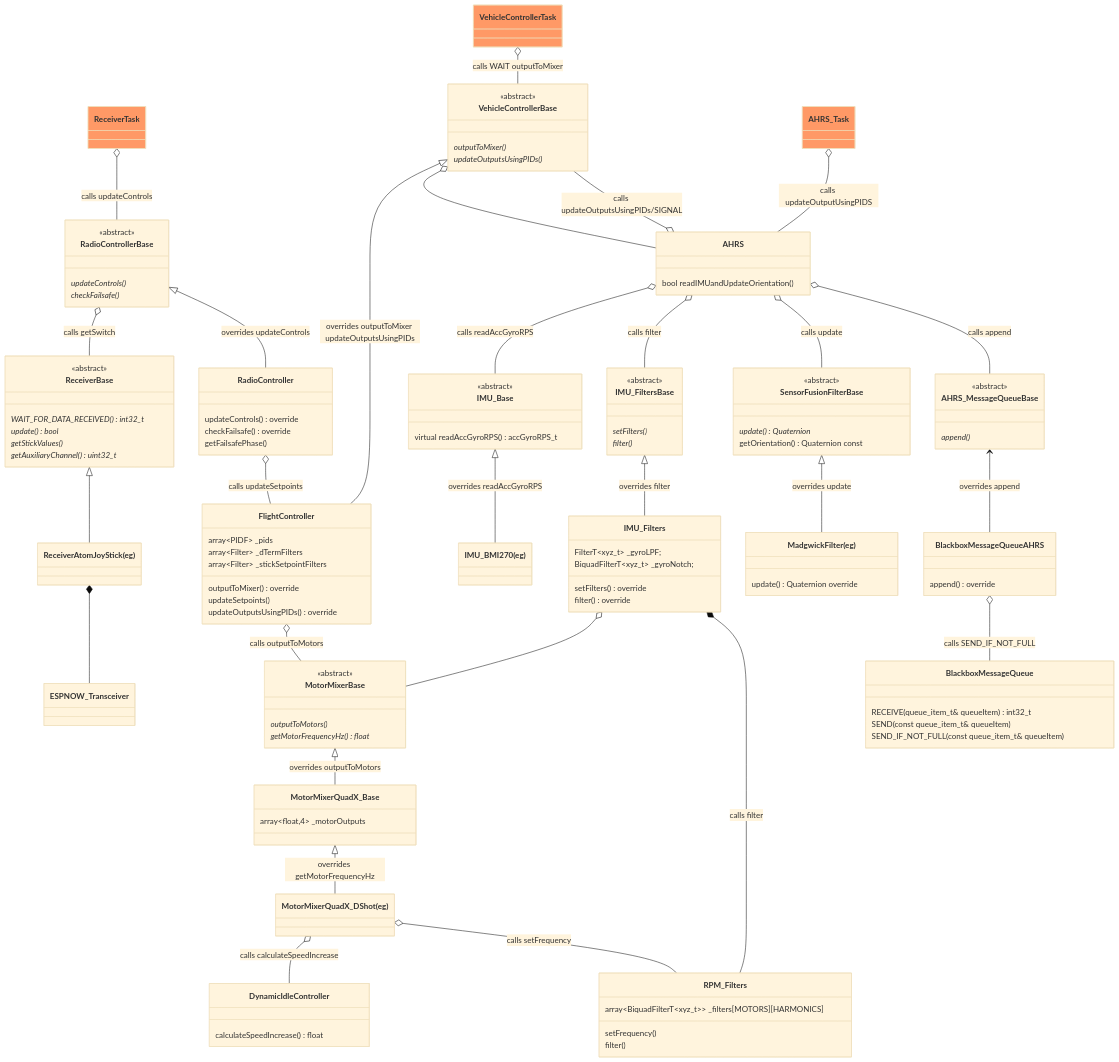
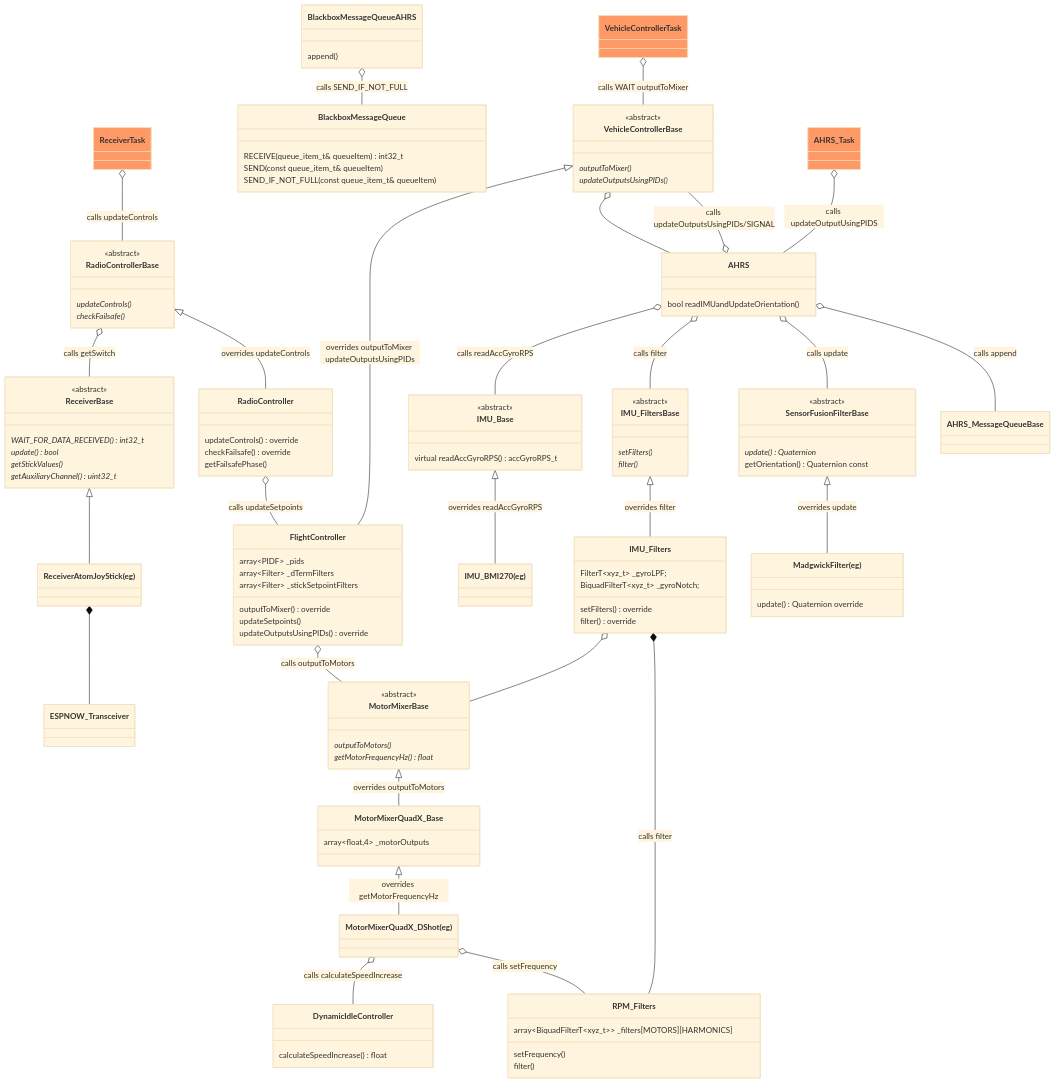
One commit to martinbudden/Protoflight changed the first of 5 diagrams in README.md. Above: the diagram before and after it, drawn with Mermaid (base theme). The commit also changed other lines of this file and 20 other files, not shown here.

Commit message:
Improved angle mode calculation. Added to blackbox message queue from within updateOutputsUsingPIDs.

```diff
--- a/README.md
+++ b/README.md
@@ -255,13 +255,8 @@
         getOrientation() Quaternion const
     }
     link SensorFusionFilterBase "https://github.com/martinbudden/Library-SensorFusion/blob/main/src/SensorFusion.h"
-    class AHRS_MessageQueueBase {
-        <<abstract>>
-        append() *
-    }
-    link AHRS_MessageQueueBase "https://github.com/martinbudden/Library-StabilizedVehicle/blob/main/src/AHRS_MessageQueueBase.h"
     class BlackboxMessageQueueAHRS {
-        append() override
+        append()
     }
     link BlackboxMessageQueueAHRS "https://github.com/martinbudden/protoflight/blob/main/lib/Blackbox/src/BlackboxMessageQueueAHRS.h"
     class BlackboxMessageQueue {
@@ -270,7 +265,6 @@
         SEND_IF_NOT_FULL(const queue_item_t& queueItem)
     }
     link BlackboxMessageQueue "https://github.com/martinbudden/protoflight/blob/main/lib/Blackbox/src/BlackboxMessageQueue.h"
-    AHRS_MessageQueueBase <-- BlackboxMessageQueueAHRS : overrides append
     BlackboxMessageQueueAHRS o-- BlackboxMessageQueue : calls SEND_IF_NOT_FULL
 
 
```
